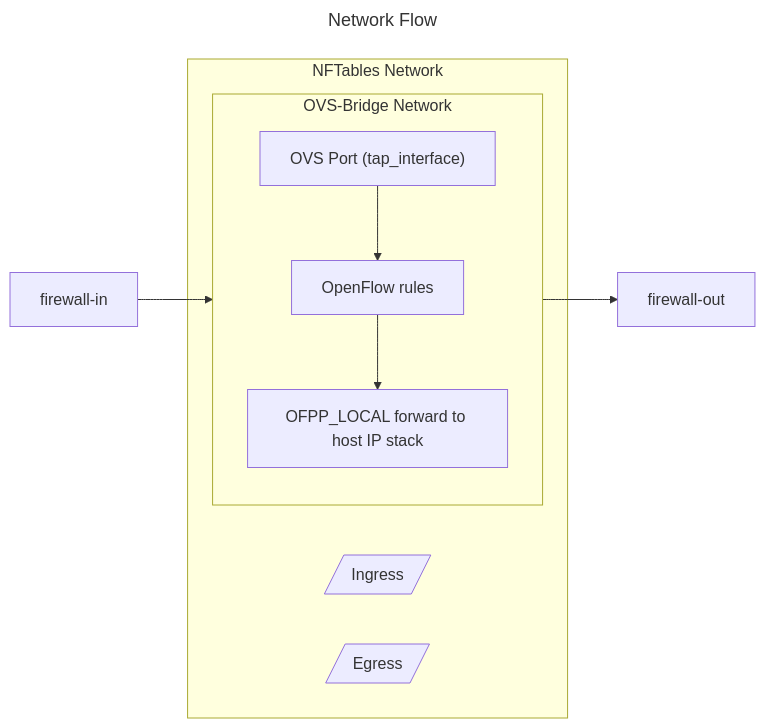
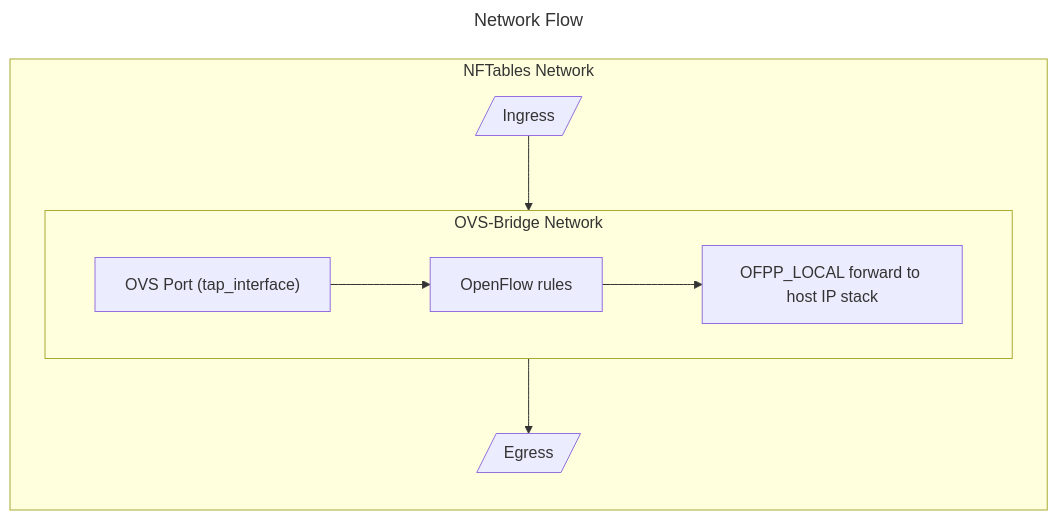
One commit to Zai4ikManiak/Cyber-Security-Study changed the diagram in Antispam System/README.md. Above: the diagram before and after it, drawn with Mermaid.

Commit message:
modified:   README.md

````diff
--- a/Antispam System/README.md
+++ b/Antispam System/README.md
@@ -3,22 +3,22 @@
 ```mermaid
 ---
 title: Network Flow
 ---
 flowchart LR
     
     subgraph firewall["NFTables Network"]
         ingress["Ingress"]@{ shape: lean-r }
 
         subgraph libvirt["OVS-Bridge Network"]
             ovs-port["OVS Port (tap_interface)"]
             ovs-eval["OpenFlow rules"]
             ovs-forward["OFPP_LOCAL forward to host IP stack"]
     
             ovs-port --> ovs-eval --> ovs-forward
         end
 
         egress["Egress"]@{ shape: lean-r}
+
+        ingress --> libvirt --> egress
     end
-
-    firewall-in --> libvirt --> firewall-out
 ```
````
